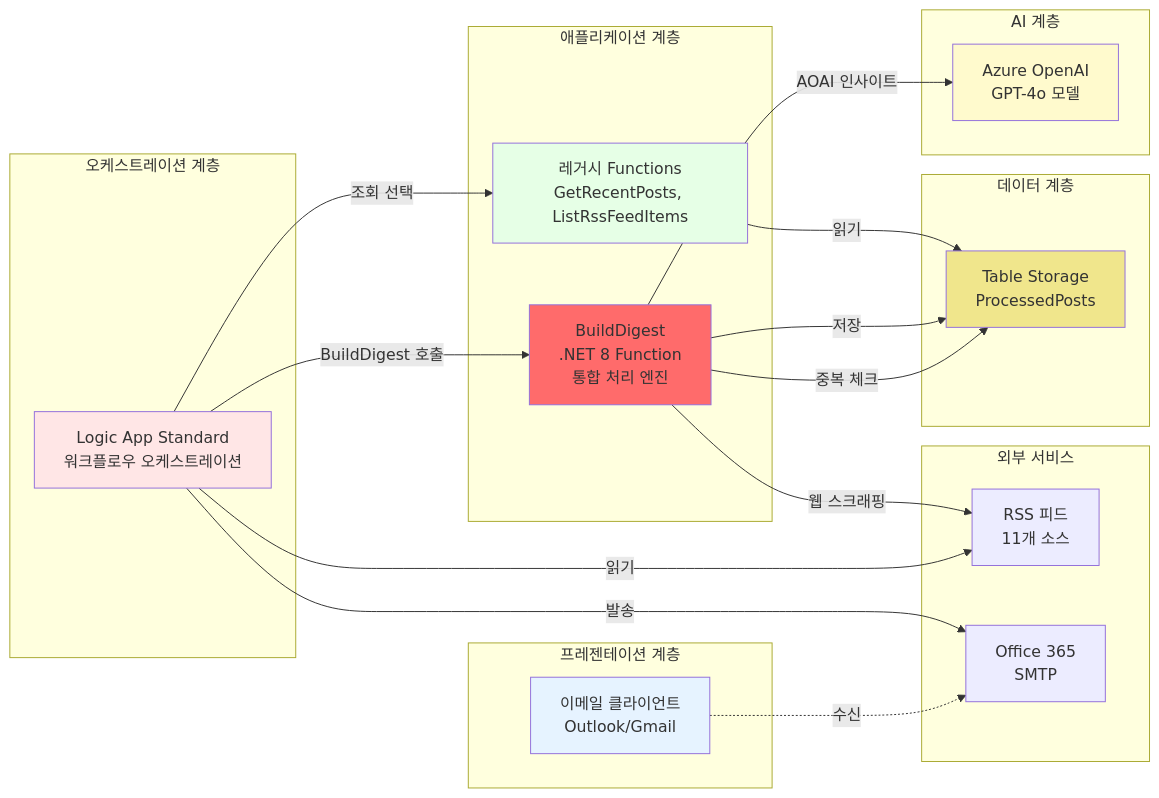
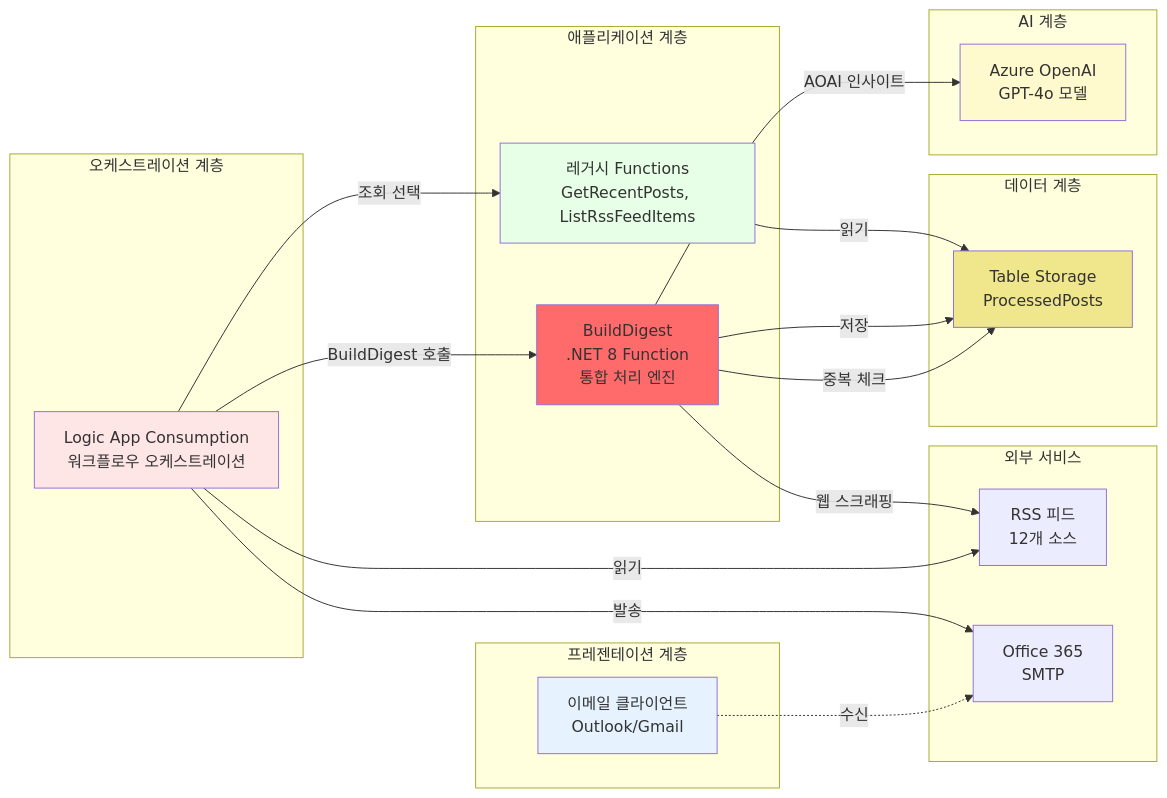
Before and after one commit to zer0big/azure-security-blog-automation: the second of 4 diagrams in docs/아키텍처.md, drawn with Mermaid. The commit also changed other lines of this file and 9 other files, not shown here.

First line of the commit message:
docs: v4.0.0 전체 현행화 - 피드/스케줄/Logic App 타입 업데이트

````diff
--- a/docs/아키텍처.md
+++ b/docs/아키텍처.md
@@ -114,46 +115,46 @@
 ```mermaid
 graph LR
     subgraph "프레젠테이션 계층"
         EMAIL["이메일 클라이언트\nOutlook/Gmail"]
     end
     
     subgraph "오케스트레이션 계층"
-        LOGICAPP["Logic App Standard\n워크플로우 오케스트레이션"]
+        LOGICAPP["Logic App Consumption\n워크플로우 오케스트레이션"]
     end
     
     subgraph "애플리케이션 계층"
         FUNC_BUILD["BuildDigest\n.NET 8 Function\n통합 처리 엔진"]
         FUNC_LEGACY["레거시 Functions\nGetRecentPosts, ListRssFeedItems"]
     end
     
     subgraph "AI 계층"
         OPENAI["Azure OpenAI\nGPT-4o 모델"]
     end
     
     subgraph "데이터 계층"
         TABLE["Table Storage\nProcessedPosts"]
     end
     
     subgraph "외부 서비스"
-        RSS["RSS 피드\n11개 소스"]
+        RSS["RSS 피드\n12개 소스"]
         OFFICE["Office 365\nSMTP"]
     end
     
     EMAIL -.->|수신| OFFICE
     LOGICAPP -->|BuildDigest 호출| FUNC_BUILD
     LOGICAPP -->|조회 선택| FUNC_LEGACY
     LOGICAPP -->|읽기| RSS
     LOGICAPP -->|발송| OFFICE
     FUNC_BUILD -->|중복 체크| TABLE
     FUNC_BUILD -->|웹 스크래핑| RSS
     FUNC_BUILD -->|AOAI 인사이트| OPENAI
     FUNC_BUILD -->|저장| TABLE
     FUNC_LEGACY -->|읽기| TABLE
     
     style EMAIL fill:#E6F3FF
     style LOGICAPP fill:#FFE6E6
     style FUNC_BUILD fill:#FF6B6B
     style FUNC_LEGACY fill:#E6FFE6
     style OPENAI fill:#FFFACD
     style TABLE fill:#F0E68C
 ```
````
